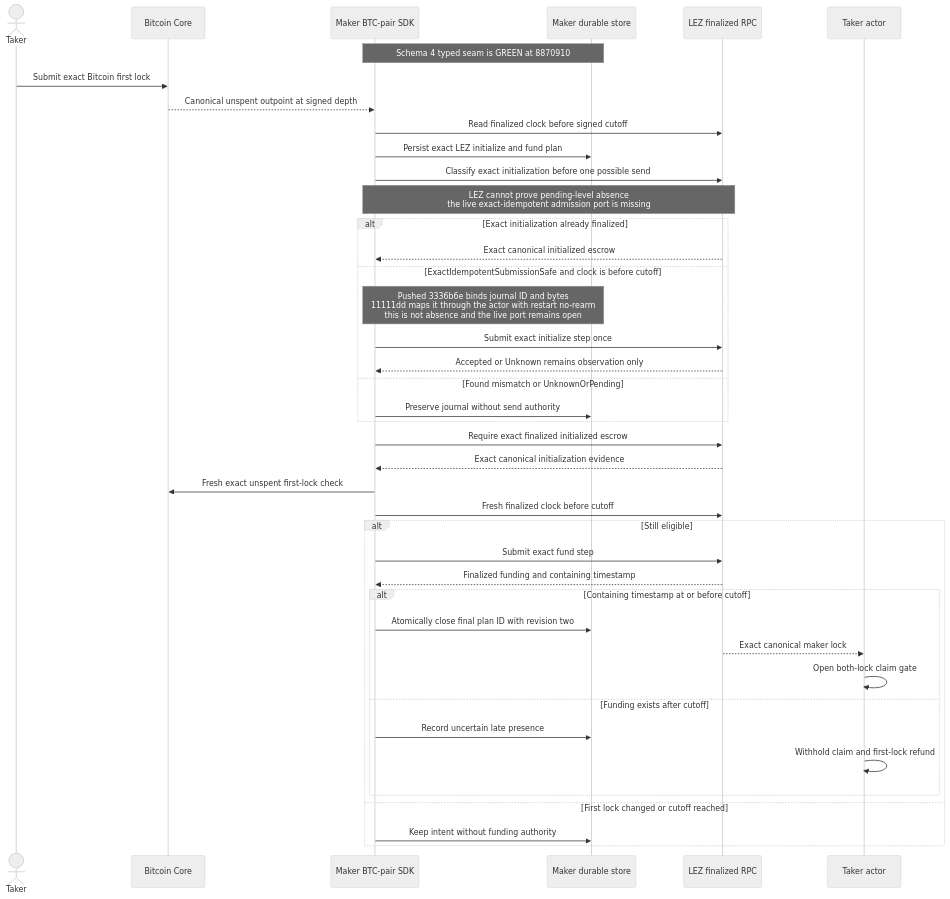
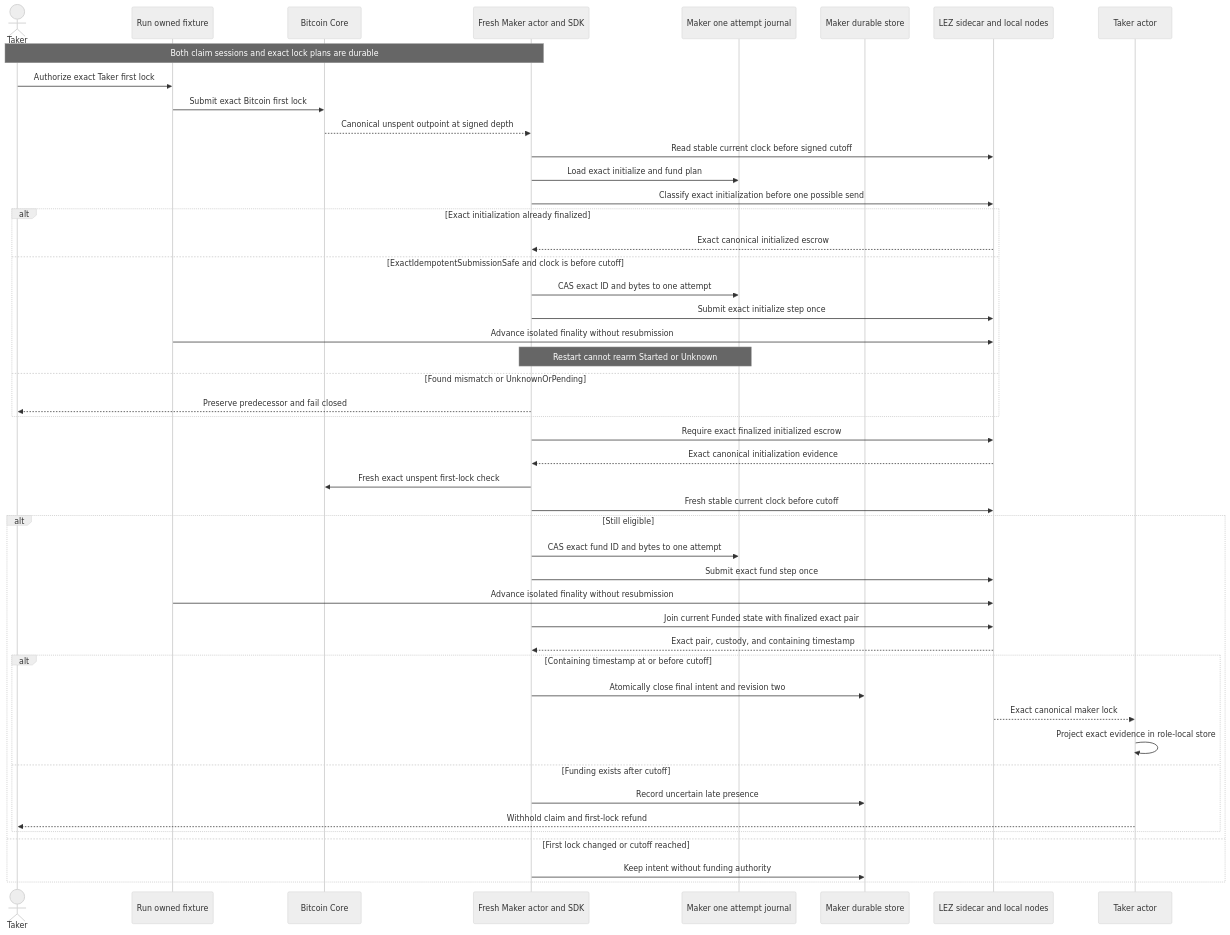
One commit to gateway-fm/lez-atomic-swaps changed the second of 3 diagrams in docs/architecture/0039-admit-first-lock-recovery-only-after-cross-chain-cutoff.md. Above: the diagram before and after it, drawn with Mermaid (neutral theme). The commit also changed other lines of this file and 5 other files, not shown here.

Commit message:
docs: reconcile M3 schema4 architecture decisions

````diff
--- a/docs/architecture/0039-admit-first-lock-recovery-only-after-cross-chain-cutoff.md
+++ b/docs/architecture/0039-admit-first-lock-recovery-only-after-cross-chain-cutoff.md
@@ -110,44 +112,50 @@
 ```mermaid
 sequenceDiagram
     actor Taker
+    participant Runner as Run owned fixture
     participant Bitcoin as Bitcoin Core
-    participant MakerSDK as Maker BTC-pair SDK
+    participant MakerSDK as Fresh Maker actor and SDK
+    participant Journal as Maker one attempt journal
     participant Store as Maker durable store
-    participant Lez as LEZ finalized RPC
+    participant Lez as LEZ sidecar and local nodes
     participant TakerActor as Taker actor
 
-    Note over MakerSDK,Store: Schema 4 typed seam is GREEN at 8870910
-    Taker->>Bitcoin: Submit exact Bitcoin first lock
+    Note over Taker,MakerSDK: Both claim sessions and exact lock plans are durable
+    Taker->>Runner: Authorize exact Taker first lock
+    Runner->>Bitcoin: Submit exact Bitcoin first lock
     Bitcoin-->>MakerSDK: Canonical unspent outpoint at signed depth
-    MakerSDK->>Lez: Read finalized clock before signed cutoff
-    MakerSDK->>Store: Persist exact LEZ initialize and fund plan
+    MakerSDK->>Lez: Read stable current clock before signed cutoff
+    MakerSDK->>Journal: Load exact initialize and fund plan
     MakerSDK->>Lez: Classify exact initialization before one possible send
-    Note over MakerSDK,Lez: LEZ cannot prove pending-level absence<br/>the live exact-idempotent admission port is missing
     alt Exact initialization already finalized
         Lez-->>MakerSDK: Exact canonical initialized escrow
     else ExactIdempotentSubmissionSafe and clock is before cutoff
-        Note over MakerSDK,Store: Pushed 3336b6e binds journal ID and bytes<br/>11111dd maps it through the actor with restart no-rearm<br/>this is not absence and the live port remains open
+        MakerSDK->>Journal: CAS exact ID and bytes to one attempt
         MakerSDK->>Lez: Submit exact initialize step once
-        Lez-->>MakerSDK: Accepted or Unknown remains observation only
+        Runner->>Lez: Advance isolated finality without resubmission
+        Note over MakerSDK,Journal: Restart cannot rearm Started or Unknown
     else Found mismatch or UnknownOrPending
-        MakerSDK->>Store: Preserve journal without send authority
+        MakerSDK-->>Taker: Preserve predecessor and fail closed
     end
     MakerSDK->>Lez: Require exact finalized initialized escrow
     Lez-->>MakerSDK: Exact canonical initialization evidence
     MakerSDK->>Bitcoin: Fresh exact unspent first-lock check
-    MakerSDK->>Lez: Fresh finalized clock before cutoff
+    MakerSDK->>Lez: Fresh stable current clock before cutoff
     alt Still eligible
-        MakerSDK->>Lez: Submit exact fund step
-        Lez-->>MakerSDK: Finalized funding and containing timestamp
+        MakerSDK->>Journal: CAS exact fund ID and bytes to one attempt
+        MakerSDK->>Lez: Submit exact fund step once
+        Runner->>Lez: Advance isolated finality without resubmission
+        MakerSDK->>Lez: Join current Funded state with finalized exact pair
+        Lez-->>MakerSDK: Exact pair, custody, and containing timestamp
         alt Containing timestamp at or before cutoff
-            MakerSDK->>Store: Atomically close final plan ID with revision two
+            MakerSDK->>Store: Atomically close final intent and revision two
             Lez-->>TakerActor: Exact canonical maker lock
-            TakerActor->>TakerActor: Open both-lock claim gate
+            TakerActor->>TakerActor: Project exact evidence in role-local store
         else Funding exists after cutoff
             MakerSDK->>Store: Record uncertain late presence
-            TakerActor->>TakerActor: Withhold claim and first-lock refund
+            TakerActor-->>Taker: Withhold claim and first-lock refund
         end
     else First lock changed or cutoff reached
         MakerSDK->>Store: Keep intent without funding authority
     end
 ```
````
